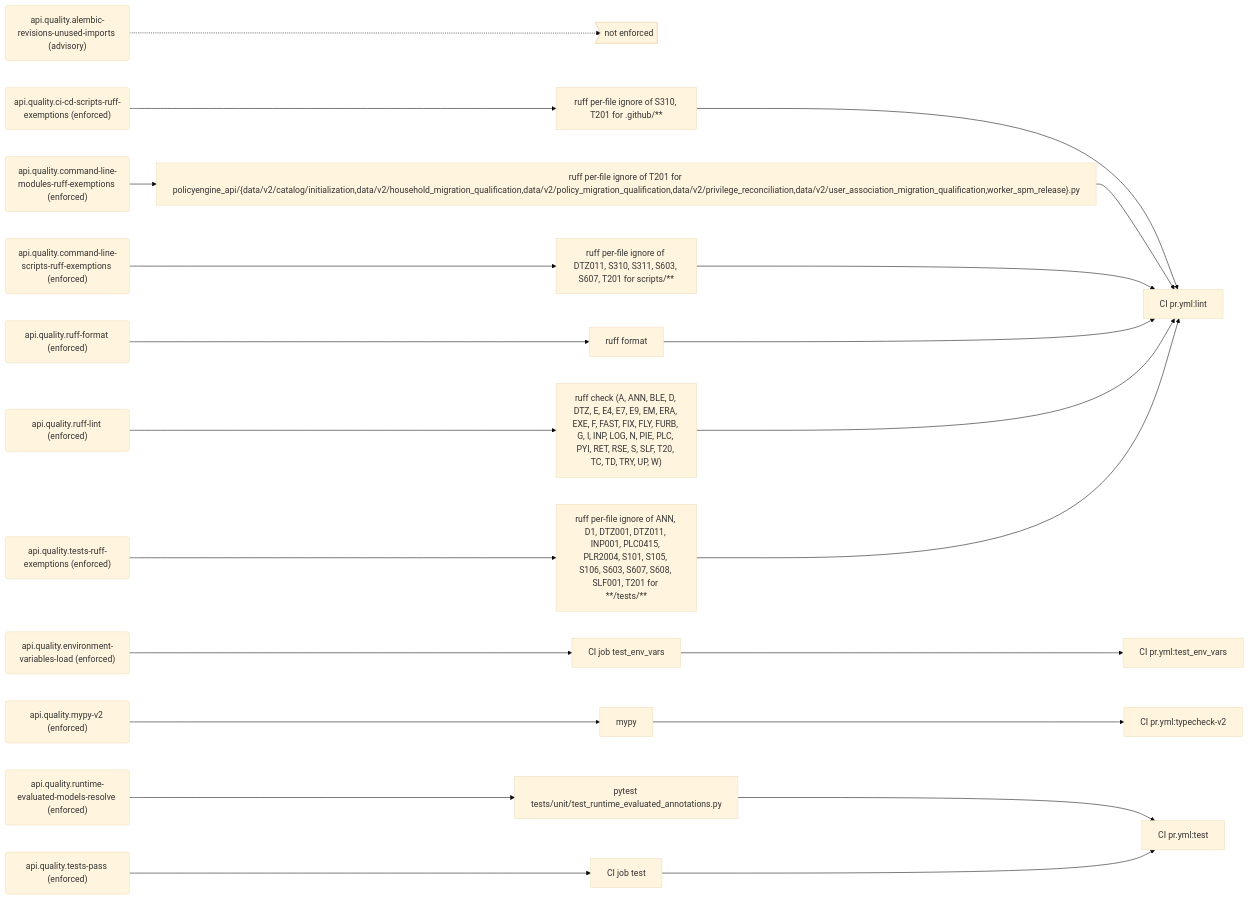
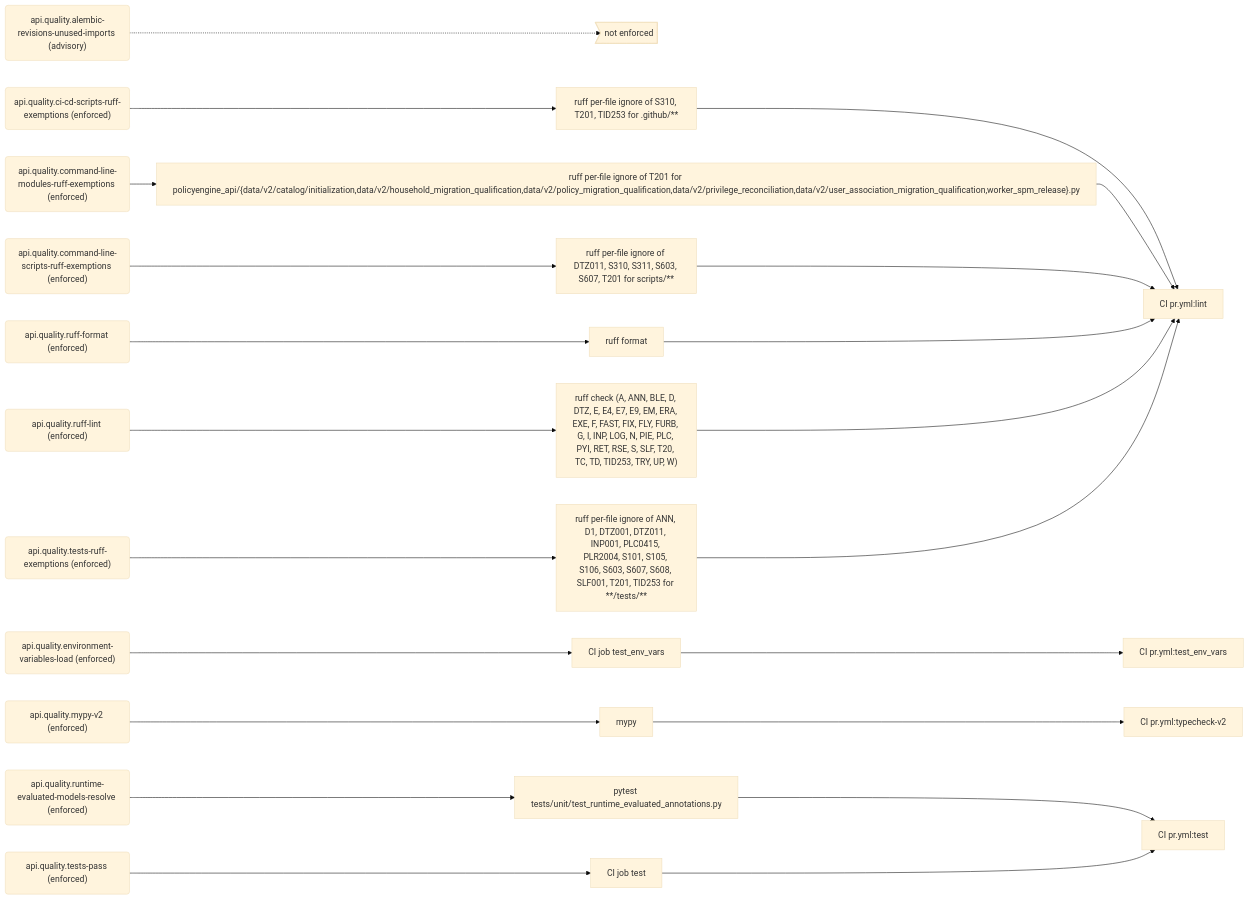
Before and after one commit to PolicyEngine/policyengine-api: the sixth of 9 diagrams in docs/generated/rules.md, drawn with Mermaid (base theme). The commit also changed other lines of this file and 10 other files, not shown here.

````diff
--- a/docs/generated/rules.md
+++ b/docs/generated/rules.md
@@ -304,50 +304,50 @@
 ```mermaid
 flowchart LR
   r_api_quality_alembic_revisions_unused_imports("api.quality.alembic-revisions-unused-imports (advisory)")
   gap_unenforced>"not enforced"]
   r_api_quality_ci_cd_scripts_ruff_exemptions("api.quality.ci-cd-scripts-ruff-exemptions (enforced)")
-  e_ruff_per_file_ignore_of_S310__T201_for__github___["ruff per-file ignore of S310, T201 for .github/**"]
+  e_ruff_per_file_ignore_of_S310__T201__TID253_for__github___["ruff per-file ignore of S310, T201, TID253 for .github/**"]
   j_CI_pr_yml_lint["CI pr.yml:lint"]
   r_api_quality_command_line_modules_ruff_exemptions("api.quality.command-line-modules-ruff-exemptions (enforced)")
   e_ruff_per_file_ignore_of_T201_for_policyengine_api__data_v2_catalog_initialization_data_v2_household_migration_qualification_data_v2_policy_migration_qualification_data_v2_privilege_reconciliation_data_v2_user_association_migration_qualification_worker_spm_release__py["ruff per-file ignore of T201 for policyengine_api/{data/v2/catalog/initialization,data/v2/household_migration_qualification,data/v2/policy_migration_qualification,data/v2/privilege_reconciliation,data/v2/user_association_migration_qualification,worker_spm_release}.py"]
   r_api_quality_command_line_scripts_ruff_exemptions("api.quality.command-line-scripts-ruff-exemptions (enforced)")
   e_ruff_per_file_ignore_of_DTZ011__S310__S311__S603__S607__T201_for_scripts___["ruff per-file ignore of DTZ011, S310, S311, S603, S607, T201 for scripts/**"]
   r_api_quality_environment_variables_load("api.quality.environment-variables-load (enforced)")
   e_CI_job_test_env_vars["CI job test_env_vars"]
   j_CI_pr_yml_test_env_vars["CI pr.yml:test_env_vars"]
   r_api_quality_mypy_v2("api.quality.mypy-v2 (enforced)")
   e_mypy["mypy"]
   j_CI_pr_yml_typecheck_v2["CI pr.yml:typecheck-v2"]
   r_api_quality_ruff_format("api.quality.ruff-format (enforced)")
   e_ruff_format["ruff format"]
   r_api_quality_ruff_lint("api.quality.ruff-lint (enforced)")
-  e_ruff_check__A__ANN__BLE__D__DTZ__E__E4__E7__E9__EM__ERA__EXE__F__FAST__FIX__FLY__FURB__G__I__INP__LOG__N__PIE__PLC__PYI__RET__RSE__S__SLF__T20__TC__TD__TRY__UP__W_["ruff check (A, ANN, BLE, D, DTZ, E, E4, E7, E9, EM, ERA, EXE, F, FAST, FIX, FLY, FURB, G, I, INP, LOG, N, PIE, PLC, PYI, RET, RSE, S, SLF, T20, TC, TD, TRY, UP, W)"]
+  e_ruff_check__A__ANN__BLE__D__DTZ__E__E4__E7__E9__EM__ERA__EXE__F__FAST__FIX__FLY__FURB__G__I__INP__LOG__N__PIE__PLC__PYI__RET__RSE__S__SLF__T20__TC__TD__TID253__TRY__UP__W_["ruff check (A, ANN, BLE, D, DTZ, E, E4, E7, E9, EM, ERA, EXE, F, FAST, FIX, FLY, FURB, G, I, INP, LOG, N, PIE, PLC, PYI, RET, RSE, S, SLF, T20, TC, TD, TID253, TRY, UP, W)"]
   r_api_quality_runtime_evaluated_models_resolve("api.quality.runtime-evaluated-models-resolve (enforced)")
   e_pytest_tests_unit_test_runtime_evaluated_annotations_py["pytest tests/unit/test_runtime_evaluated_annotations.py"]
   j_CI_pr_yml_test["CI pr.yml:test"]
   r_api_quality_tests_pass("api.quality.tests-pass (enforced)")
   e_CI_job_test["CI job test"]
   r_api_quality_tests_ruff_exemptions("api.quality.tests-ruff-exemptions (enforced)")
-  e_ruff_per_file_ignore_of_ANN__D1__DTZ001__DTZ011__INP001__PLC0415__PLR2004__S101__S105__S106__S603__S607__S608__SLF001__T201_for____tests___["ruff per-file ignore of ANN, D1, DTZ001, DTZ011, INP001, PLC0415, PLR2004, S101, S105, S106, S603, S607, S608, SLF001, T201 for **/tests/**"]
+  e_ruff_per_file_ignore_of_ANN__D1__DTZ001__DTZ011__INP001__PLC0415__PLR2004__S101__S105__S106__S603__S607__S608__SLF001__T201__TID253_for____tests___["ruff per-file ignore of ANN, D1, DTZ001, DTZ011, INP001, PLC0415, PLR2004, S101, S105, S106, S603, S607, S608, SLF001, T201, TID253 for **/tests/**"]
   r_api_quality_alembic_revisions_unused_imports -.-> gap_unenforced
-  r_api_quality_ci_cd_scripts_ruff_exemptions --> e_ruff_per_file_ignore_of_S310__T201_for__github___
-  e_ruff_per_file_ignore_of_S310__T201_for__github___ --> j_CI_pr_yml_lint
+  r_api_quality_ci_cd_scripts_ruff_exemptions --> e_ruff_per_file_ignore_of_S310__T201__TID253_for__github___
+  e_ruff_per_file_ignore_of_S310__T201__TID253_for__github___ --> j_CI_pr_yml_lint
   r_api_quality_command_line_modules_ruff_exemptions --> e_ruff_per_file_ignore_of_T201_for_policyengine_api__data_v2_catalog_initialization_data_v2_household_migration_qualification_data_v2_policy_migration_qualification_data_v2_privilege_reconciliation_data_v2_user_association_migration_qualification_worker_spm_release__py
   e_ruff_per_file_ignore_of_T201_for_policyengine_api__data_v2_catalog_initialization_data_v2_household_migration_qualification_data_v2_policy_migration_qualification_data_v2_privilege_reconciliation_data_v2_user_association_migration_qualification_worker_spm_release__py --> j_CI_pr_yml_lint
   r_api_quality_command_line_scripts_ruff_exemptions --> e_ruff_per_file_ignore_of_DTZ011__S310__S311__S603__S607__T201_for_scripts___
   e_ruff_per_file_ignore_of_DTZ011__S310__S311__S603__S607__T201_for_scripts___ --> j_CI_pr_yml_lint
   r_api_quality_environment_variables_load --> e_CI_job_test_env_vars
   e_CI_job_test_env_vars --> j_CI_pr_yml_test_env_vars
   r_api_quality_mypy_v2 --> e_mypy
   e_mypy --> j_CI_pr_yml_typecheck_v2
   r_api_quality_ruff_format --> e_ruff_format
   e_ruff_format --> j_CI_pr_yml_lint
-  r_api_quality_ruff_lint --> e_ruff_check__A__ANN__BLE__D__DTZ__E__E4__E7__E9__EM__ERA__EXE__F__FAST__FIX__FLY__FURB__G__I__INP__LOG__N__PIE__PLC__PYI__RET__RSE__S__SLF__T20__TC__TD__TRY__UP__W_
-  e_ruff_check__A__ANN__BLE__D__DTZ__E__E4__E7__E9__EM__ERA__EXE__F__FAST__FIX__FLY__FURB__G__I__INP__LOG__N__PIE__PLC__PYI__RET__RSE__S__SLF__T20__TC__TD__TRY__UP__W_ --> j_CI_pr_yml_lint
+  r_api_quality_ruff_lint --> e_ruff_check__A__ANN__BLE__D__DTZ__E__E4__E7__E9__EM__ERA__EXE__F__FAST__FIX__FLY__FURB__G__I__INP__LOG__N__PIE__PLC__PYI__RET__RSE__S__SLF__T20__TC__TD__TID253__TRY__UP__W_
+  e_ruff_check__A__ANN__BLE__D__DTZ__E__E4__E7__E9__EM__ERA__EXE__F__FAST__FIX__FLY__FURB__G__I__INP__LOG__N__PIE__PLC__PYI__RET__RSE__S__SLF__T20__TC__TD__TID253__TRY__UP__W_ --> j_CI_pr_yml_lint
   r_api_quality_runtime_evaluated_models_resolve --> e_pytest_tests_unit_test_runtime_evaluated_annotations_py
   e_pytest_tests_unit_test_runtime_evaluated_annotations_py --> j_CI_pr_yml_test
   r_api_quality_tests_pass --> e_CI_job_test
   e_CI_job_test --> j_CI_pr_yml_test
-  r_api_quality_tests_ruff_exemptions --> e_ruff_per_file_ignore_of_ANN__D1__DTZ001__DTZ011__INP001__PLC0415__PLR2004__S101__S105__S106__S603__S607__S608__SLF001__T201_for____tests___
-  e_ruff_per_file_ignore_of_ANN__D1__DTZ001__DTZ011__INP001__PLC0415__PLR2004__S101__S105__S106__S603__S607__S608__SLF001__T201_for____tests___ --> j_CI_pr_yml_lint
+  r_api_quality_tests_ruff_exemptions --> e_ruff_per_file_ignore_of_ANN__D1__DTZ001__DTZ011__INP001__PLC0415__PLR2004__S101__S105__S106__S603__S607__S608__SLF001__T201__TID253_for____tests___
+  e_ruff_per_file_ignore_of_ANN__D1__DTZ001__DTZ011__INP001__PLC0415__PLR2004__S101__S105__S106__S603__S607__S608__SLF001__T201__TID253_for____tests___ --> j_CI_pr_yml_lint
 ```
````
